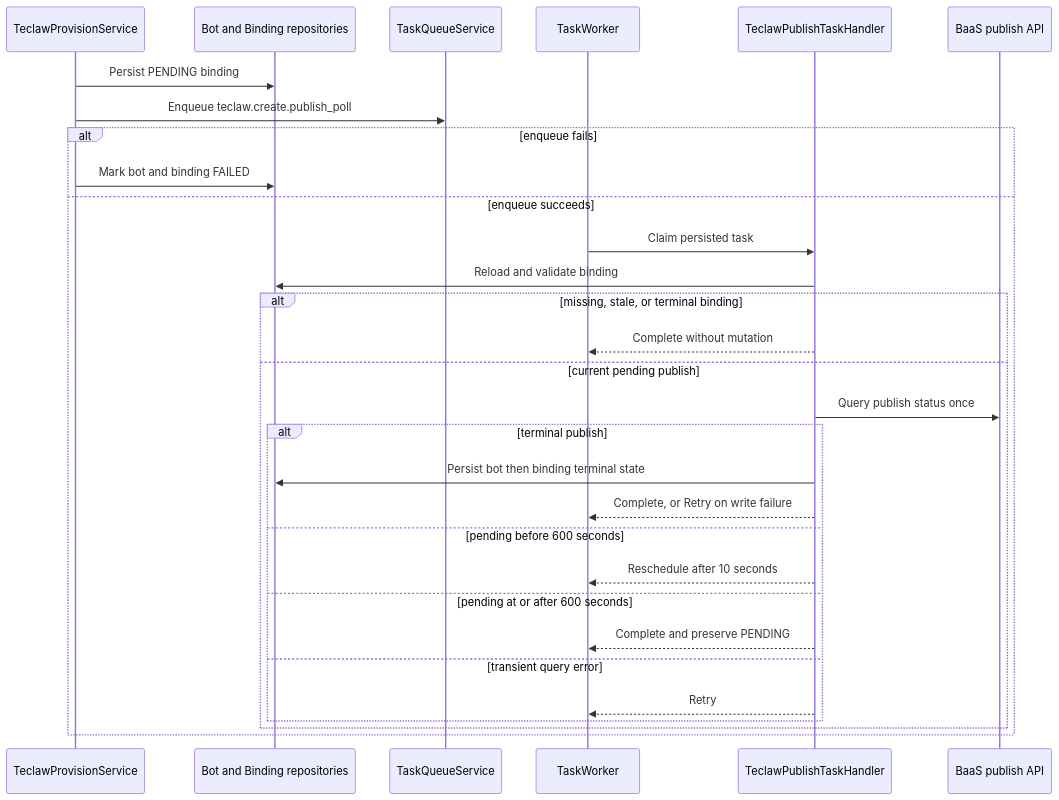
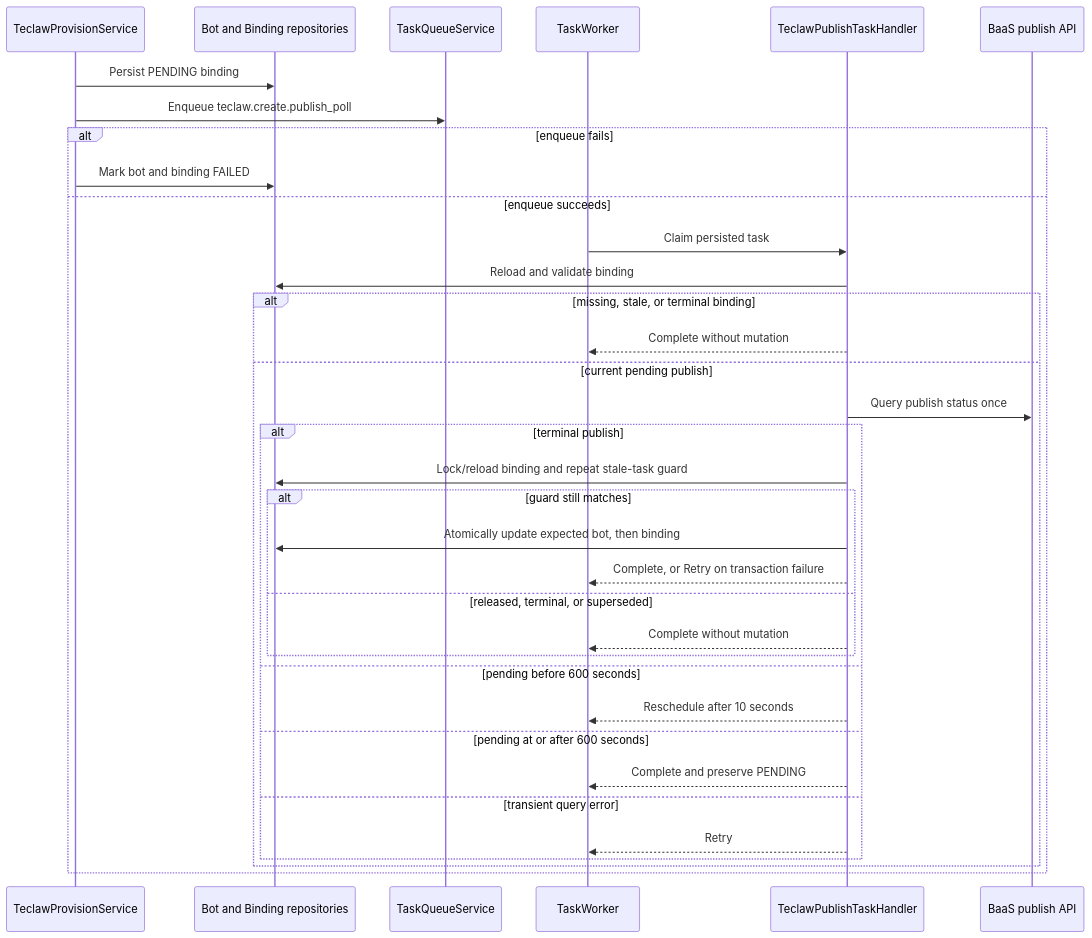
The diagram in docs/superpowers/specs/2026-07-13-teclaw-task-queue-design.md (inclusionAI/Avernet), drawn with Mermaid before and after one commit. The commit also changed other lines of this file and 10 other files, not shown here.

````diff
--- a/docs/superpowers/specs/2026-07-13-teclaw-task-queue-design.md
+++ b/docs/superpowers/specs/2026-07-13-teclaw-task-queue-design.md
@@ -141,33 +153,38 @@
 ```mermaid
 sequenceDiagram
     participant P as TeclawProvisionService
     participant DB as Bot and Binding repositories
     participant Q as TaskQueueService
     participant W as TaskWorker
     participant H as TeclawPublishTaskHandler
     participant B as BaaS publish API
 
     P->>DB: Persist PENDING binding
     P->>Q: Enqueue teclaw.create.publish_poll
     alt enqueue fails
         P->>DB: Mark bot and binding FAILED
     else enqueue succeeds
         W->>H: Claim persisted task
         H->>DB: Reload and validate binding
         alt missing, stale, or terminal binding
             H-->>W: Complete without mutation
         else current pending publish
             H->>B: Query publish status once
             alt terminal publish
-                H->>DB: Persist bot then binding terminal state
-                H-->>W: Complete, or Retry on write failure
+                H->>DB: Lock/reload binding and repeat stale-task guard
+                alt guard still matches
+                    H->>DB: Atomically update expected bot, then binding
+                    H-->>W: Complete, or Retry on transaction failure
+                else released, terminal, or superseded
+                    H-->>W: Complete without mutation
+                end
             else pending before 600 seconds
                 H-->>W: Reschedule after 10 seconds
             else pending at or after 600 seconds
                 H-->>W: Complete and preserve PENDING
             else transient query error
                 H-->>W: Retry
             end
         end
     end
 ```
````
